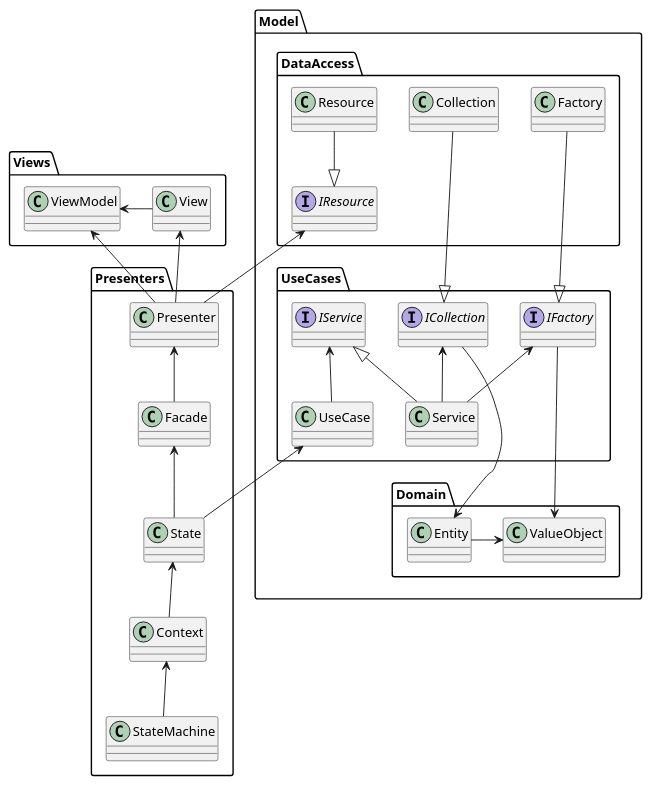
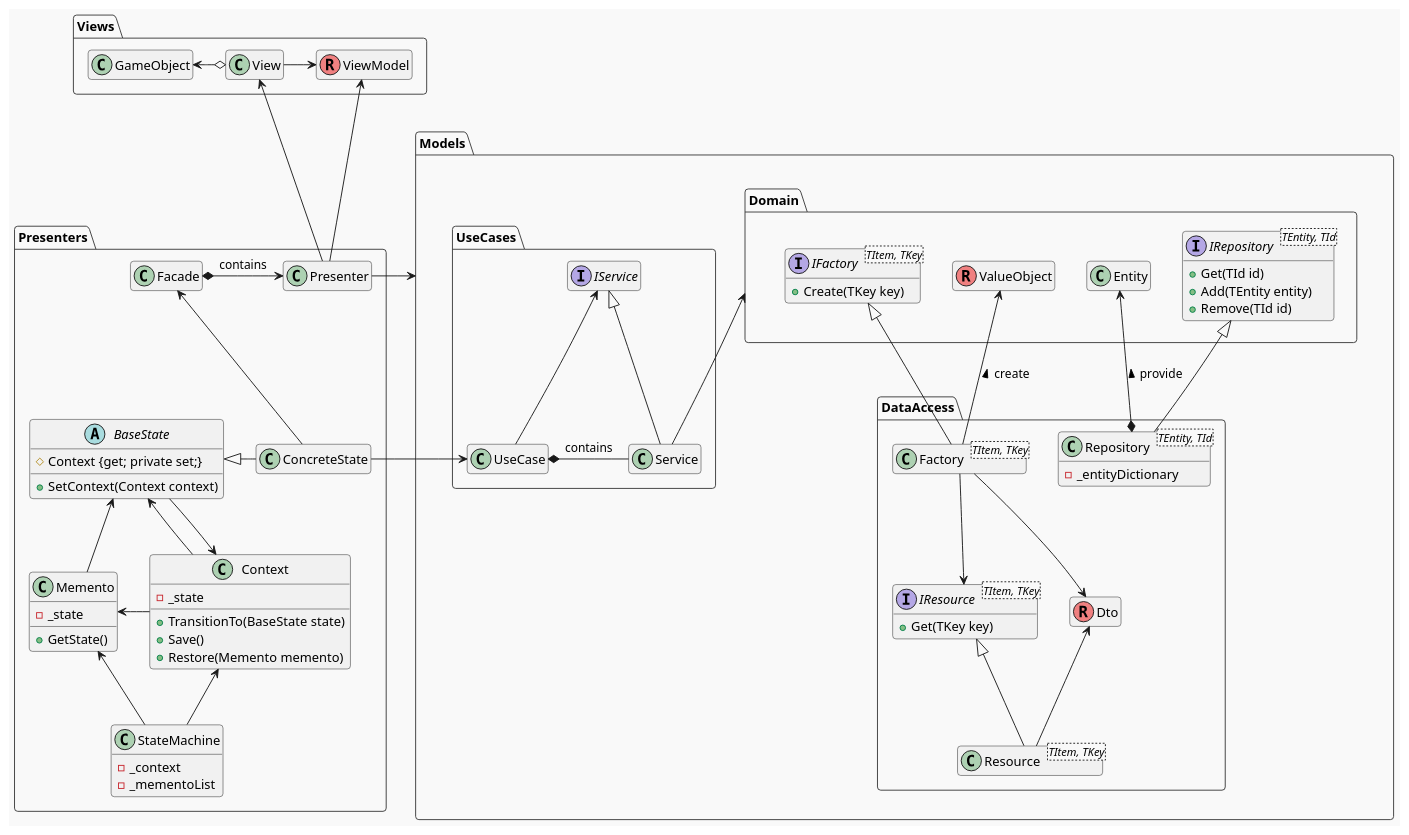
One commit to natsuhiko-maekawa/RPG changed the diagram in Documents/PlantUML/ClassDiagram.puml. Above: the diagram before and after it, drawn with PlantUML.

Commit message:
クラス図を修正

```diff
--- a/Documents/PlantUML/ClassDiagram.puml
+++ b/Documents/PlantUML/ClassDiagram.puml
@@ -1,60 +1,100 @@
 @startuml
 'https://plantuml.com/class-diagram
 
-package Model{
-    package DataAccess{
-        class Collection
-        class Factory
-        interface IResource
-        class Resource
-        Resource --|> IResource
+!theme mars
+package Views{
+    class View
+    class ViewModel << (R, lightcoral) >>
+    class GameObject
+    ViewModel <-l- View
+    GameObject <-r-o View
+}
+
+package Presenters{
+    abstract class BaseState{
+        # Context {get; private set;}
+        + SetContext(Context context)
+    }
+    class ConcreteState
+    class Context{
+        - _state
+        + TransitionTo(BaseState state)
+        + Save()
+        + Restore(Memento memento)
+    }
+    class Memento{
+        - _state
+        + GetState()
+    }
+    class StateMachine{
+        - _context
+        - _mementoList
+    }
+    class Facade
+    class Presenter
+
+    Facade <-- ConcreteState
+    Presenter <-l-* Facade : contains
+    BaseState <|- ConcreteState
+    BaseState <-- Context
+    BaseState <-- Memento
+    Context <-- BaseState
+    Memento <- Context
+    Memento <-- StateMachine
+    Context <-- StateMachine
+}
+
+package Models{
+    package Domain{
+        class Entity
+        class ValueObject << (R, lightcoral) >>
+        interface IRepository<TEntity, TId>{
+            + Get(TId id)
+            + Add(TEntity entity)
+            + Remove(TId id)
+        }
+        interface IFactory<TItem, TKey>{
+            + Create(TKey key)
+        }
     }
 
     package UseCases{
         class Service
         class UseCase
-        interface ICollection
-        interface IFactory
         interface IService
-        ICollection <-- Service
-        IFactory <-- Service
-        IService <|-- Service
+
+        IService <|- Service
         IService <-- UseCase
+        UseCase *- Service : contains
     }
 
-    package Domain{
-        class Entity
-        class ValueObject
-        ValueObject <-l- Entity
+    package DataAccess{
+        class Repository<TEntity, TId>{
+            - _entityDictionary
+        }
+        class Factory<TItem, TKey>
+        interface IResource<TItem, TKey>{
+            + Get(TKey key)
+        }
+        class Dto << (R, lightcoral) >>
+        class Resource<TItem, TKey>
     }
 
-    ICollection ---> Entity
-    IFactory ---> ValueObject
-    Collection ---|> ICollection
-    Factory ---|> IFactory
+    Domain <-- Service
+    IRepository <|- Repository
+    Entity <--* Repository : provide <
+    IFactory <|- Factory
+    ValueObject <-- Factory : create <
+    IResource <-u- Factory
+    Dto <-u- Factory
+    IResource <|-- Resource
+    Dto <-- Resource
 }
 
-package Presenters{
-    class State
-    class Context
-    class StateMachine
-    class Facade
-    class Presenter
-    UseCase <-- State
-    Facade <-- State
-    Presenter <-- Facade
-    State <-- Context
-    Context <-- StateMachine
-}
-
-package Views{
-    class View
-    class ViewModel
-    ViewModel <- View
-}
-
-IResource <-- Presenter
 View <-- Presenter
 ViewModel <-- Presenter
+Models <- Presenter
+UseCase <- ConcreteState
 
+hide empty members
 @enduml
```
